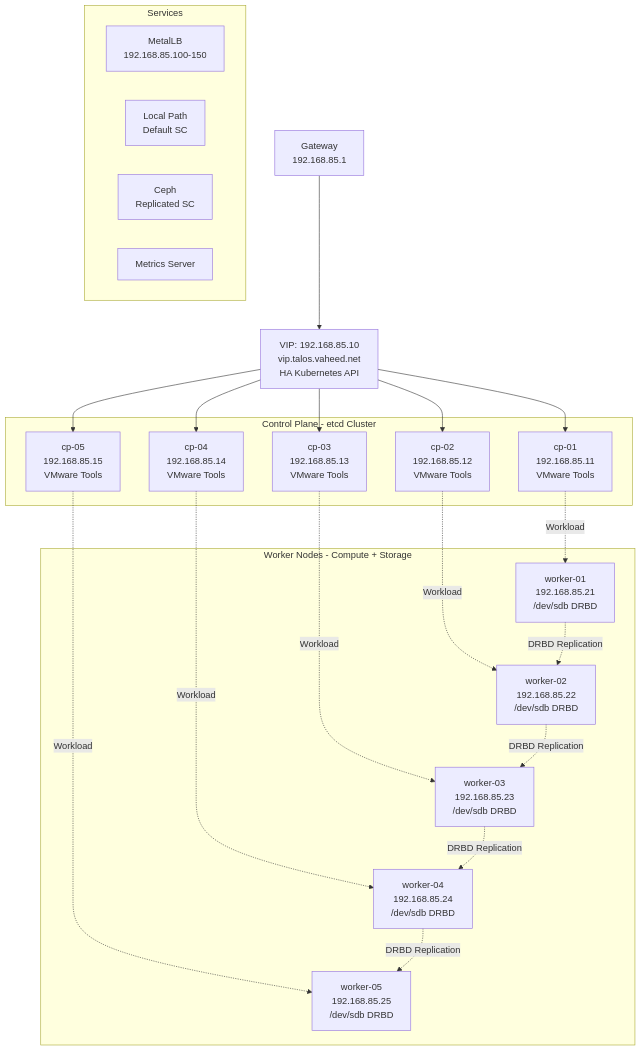
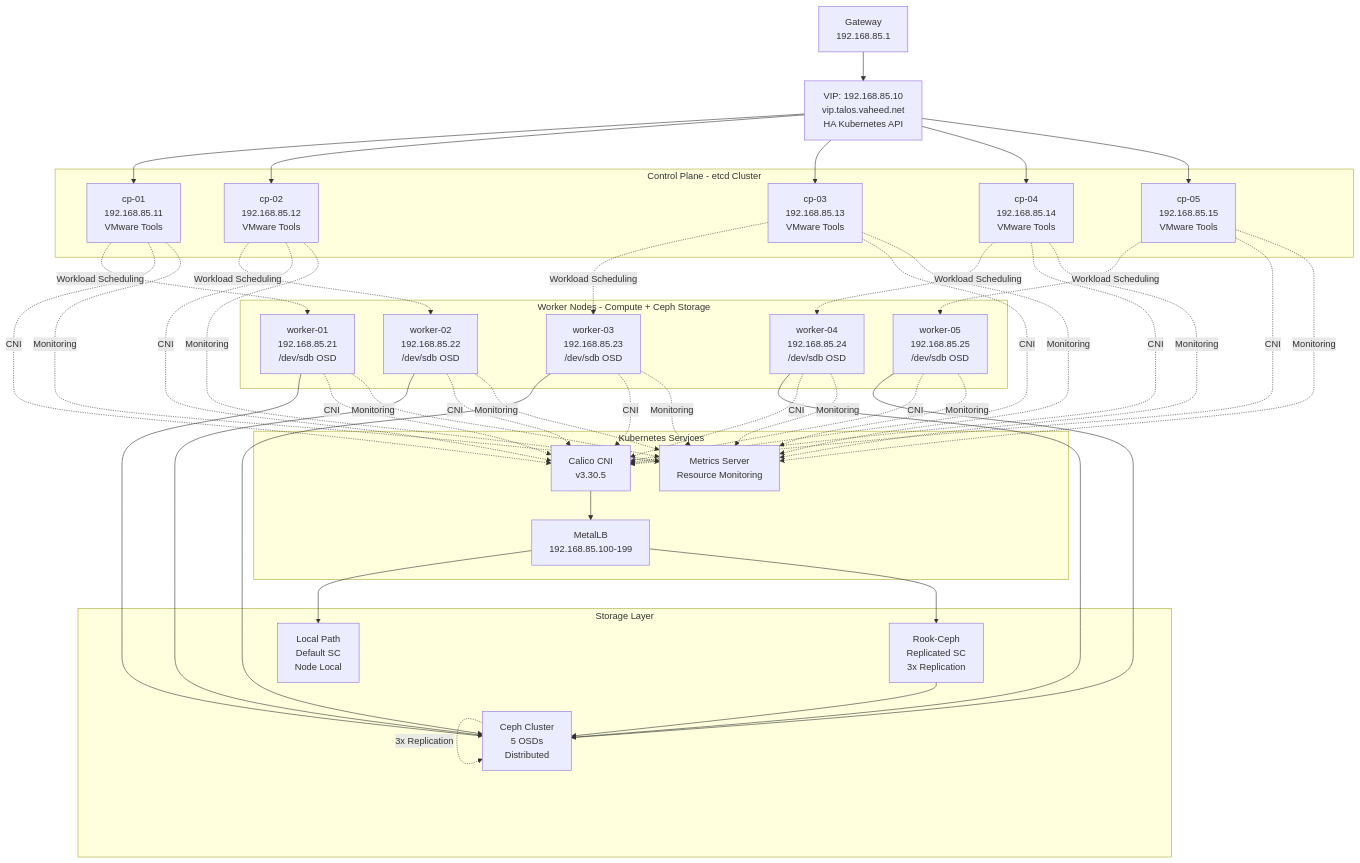
Before and after one commit to vaheed/talos-kubernetes-cluster: the diagram in README.md, drawn with Mermaid. The commit also changed other lines of this file, not shown here.

````diff
--- a/README.md
+++ b/README.md
@@ -82,46 +84,81 @@
 ```mermaid
 graph TD
     GW[Gateway<br/>192.168.85.1]
     VIP[VIP: 192.168.85.10<br/>vip.talos.vaheed.net<br/>HA Kubernetes API]
     
     subgraph "Control Plane - etcd Cluster"
         CP1[cp-01<br/>192.168.85.11<br/>VMware Tools]
         CP2[cp-02<br/>192.168.85.12<br/>VMware Tools]
         CP3[cp-03<br/>192.168.85.13<br/>VMware Tools]
         CP4[cp-04<br/>192.168.85.14<br/>VMware Tools]
         CP5[cp-05<br/>192.168.85.15<br/>VMware Tools]
     end
     
-    subgraph "Worker Nodes - Compute + Storage"
-        W1[worker-01<br/>192.168.85.21<br/>/dev/sdb DRBD]
-        W2[worker-02<br/>192.168.85.22<br/>/dev/sdb DRBD]
-        W3[worker-03<br/>192.168.85.23<br/>/dev/sdb DRBD]
-        W4[worker-04<br/>192.168.85.24<br/>/dev/sdb DRBD]
-        W5[worker-05<br/>192.168.85.25<br/>/dev/sdb DRBD]
+    subgraph "Worker Nodes - Compute + Ceph Storage"
+        W1[worker-01<br/>192.168.85.21<br/>/dev/sdb OSD]
+        W2[worker-02<br/>192.168.85.22<br/>/dev/sdb OSD]
+        W3[worker-03<br/>192.168.85.23<br/>/dev/sdb OSD]
+        W4[worker-04<br/>192.168.85.24<br/>/dev/sdb OSD]
+        W5[worker-05<br/>192.168.85.25<br/>/dev/sdb OSD]
     end
     
-    subgraph "Services"
-        LB[MetalLB<br/>192.168.85.100-150]
-        STOR1[Local Path<br/>Default SC]
-        STOR2[Ceph<br/>Replicated SC]
-        MON[Metrics Server]
+    subgraph "Kubernetes Services"
+        CNI[Calico CNI<br/>v3.30.5]
+        LB[MetalLB<br/>192.168.85.100-199]
+        MON[Metrics Server<br/>Resource Monitoring]
+    end
+    
+    subgraph "Storage Layer"
+        STOR1[Local Path<br/>Default SC<br/>Node Local]
+        STOR2[Rook-Ceph<br/>Replicated SC<br/>3x Replication]
+        CEPH[Ceph Cluster<br/>5 OSDs<br/>Distributed]
     end
     
     GW --> VIP
     VIP --> CP1
     VIP --> CP2
     VIP --> CP3
     VIP --> CP4
     VIP --> CP5
     
-    CP1 -.Workload.-> W1
-    CP2 -.Workload.-> W2
-    CP3 -.Workload.-> W3
-    CP4 -.Workload.-> W4
-    CP5 -.Workload.-> W5
+    CP1 -.Workload Scheduling.-> W1
+    CP2 -.Workload Scheduling.-> W2
+    CP3 -.Workload Scheduling.-> W3
+    CP4 -.Workload Scheduling.-> W4
+    CP5 -.Workload Scheduling.-> W5
     
-    W1 -.DRBD Replication.-> W2
-    W2 -.DRBD Replication.-> W3
-    W3 -.DRBD Replication.-> W4
-    W4 -.DRBD Replication.-> W5
+    W1 --> CEPH
+    W2 --> CEPH
+    W3 --> CEPH
+    W4 --> CEPH
+    W5 --> CEPH
+    
+    CEPH -.3x Replication.-> CEPH
+    
+    CP1 -.CNI.-> CNI
+    CP2 -.CNI.-> CNI
+    CP3 -.CNI.-> CNI
+    CP4 -.CNI.-> CNI
+    CP5 -.CNI.-> CNI
+    W1 -.CNI.-> CNI
+    W2 -.CNI.-> CNI
+    W3 -.CNI.-> CNI
+    W4 -.CNI.-> CNI
+    W5 -.CNI.-> CNI
+    
+    CNI --> LB
+    LB --> STOR1
+    LB --> STOR2
+    STOR2 --> CEPH
+    
+    CP1 -.Monitoring.-> MON
+    CP2 -.Monitoring.-> MON
+    CP3 -.Monitoring.-> MON
+    CP4 -.Monitoring.-> MON
+    CP5 -.Monitoring.-> MON
+    W1 -.Monitoring.-> MON
+    W2 -.Monitoring.-> MON
+    W3 -.Monitoring.-> MON
+    W4 -.Monitoring.-> MON
+    W5 -.Monitoring.-> MON
 ```
````
